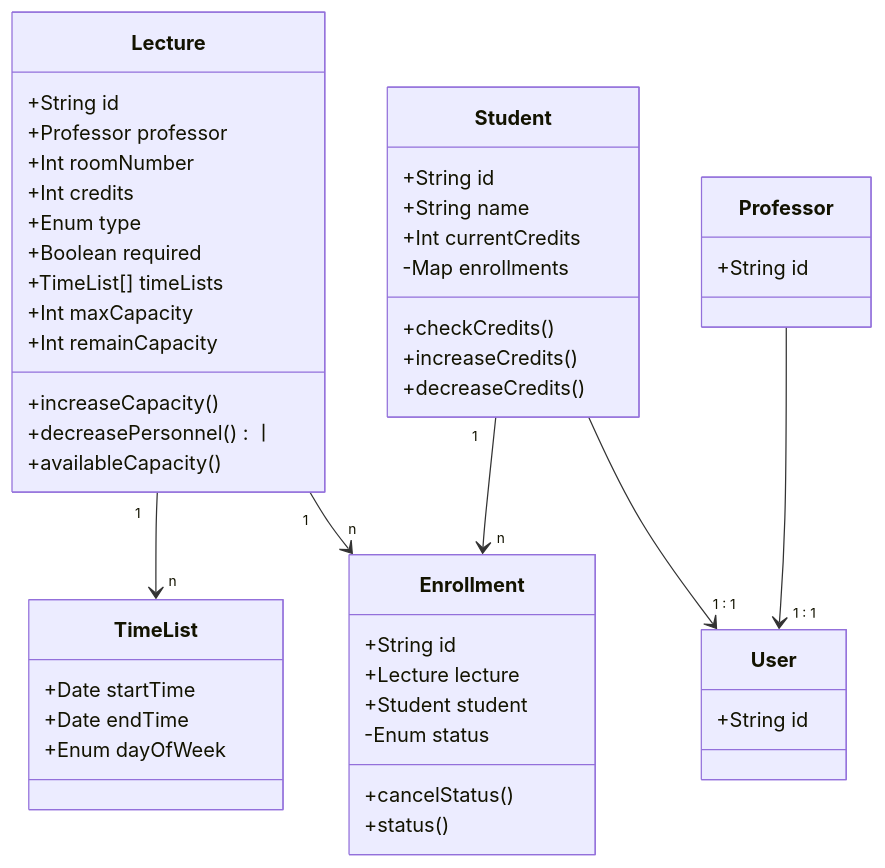
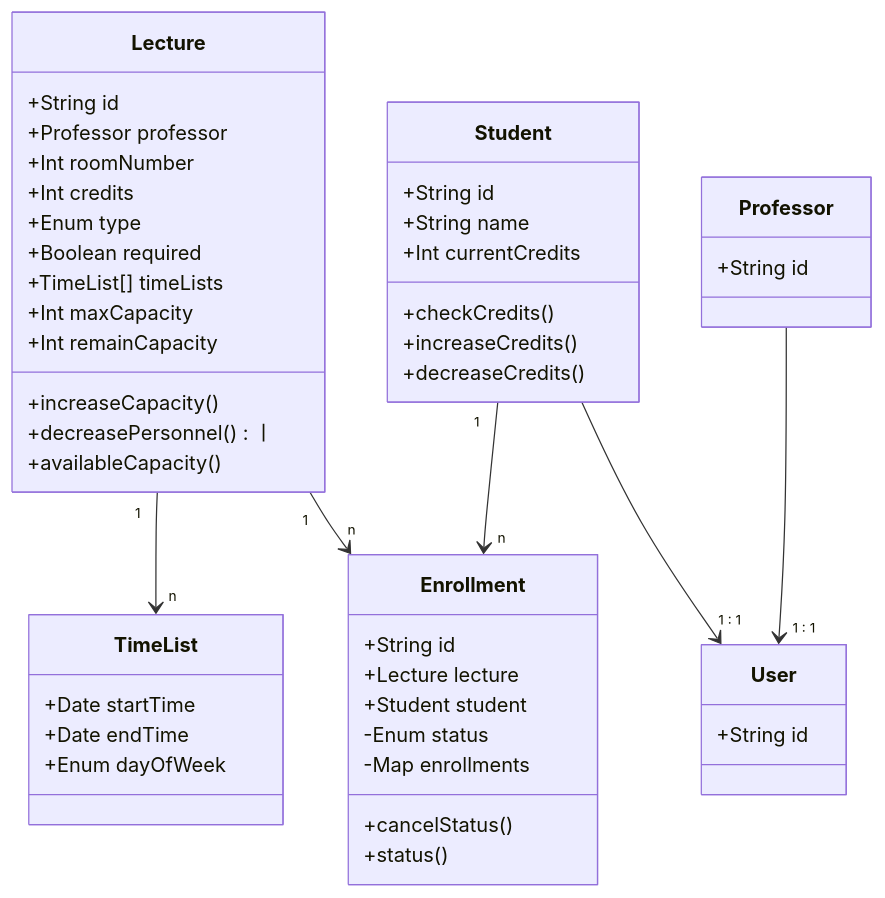
One commit to ModelToSystem/modeling changed the diagram in parts/part-2-학사관리시스템-수강신청/chapter-2/ju/README.md. Above: the diagram before and after it, drawn with Mermaid. The commit also changed other lines of this file and 3 other files, not shown here.

````diff
--- a/parts/part-2-학사관리시스템-수강신청/chapter-2/ju/README.md
+++ b/parts/part-2-학사관리시스템-수강신청/chapter-2/ju/README.md
@@ -7,57 +7,57 @@
 ```mermaid
 classDiagram
     class Lecture {
         +String id
         +Professor professor
         +Int roomNumber
         +Int credits
         +Enum type
         +Boolean required
         +TimeList[] timeLists
         +Int maxCapacity
         +Int remainCapacity
         +increaseCapacity()
         +decreasePersonnel()ㅣ
         +availableCapacity()
     }
 
     class TimeList {
         +Date startTime
         +Date endTime
         +Enum dayOfWeek
     }
 
     class User {
         +String id
     }
 
     class Professor {
         +String id
     }
 
     class Student {
         +String id
         +String name
         +Int currentCredits
-        -Map<string, Enrollment> enrollments
         +checkCredits()
         +increaseCredits()
         +decreaseCredits()
     }
 
     class Enrollment {
         +String id
         +Lecture lecture
         +Student student
         -Enum status
+        -Map<string, Enrollment> enrollments
         +cancelStatus()
         +status()
     }
 
     %% 관계 설정
     Student --> "1 : 1" User
     Professor --> "1 : 1" User
     Student "1" --> "n" Enrollment
     Lecture "1" --> "n" Enrollment
     Lecture "1" --> "n" TimeList
 ```
````
